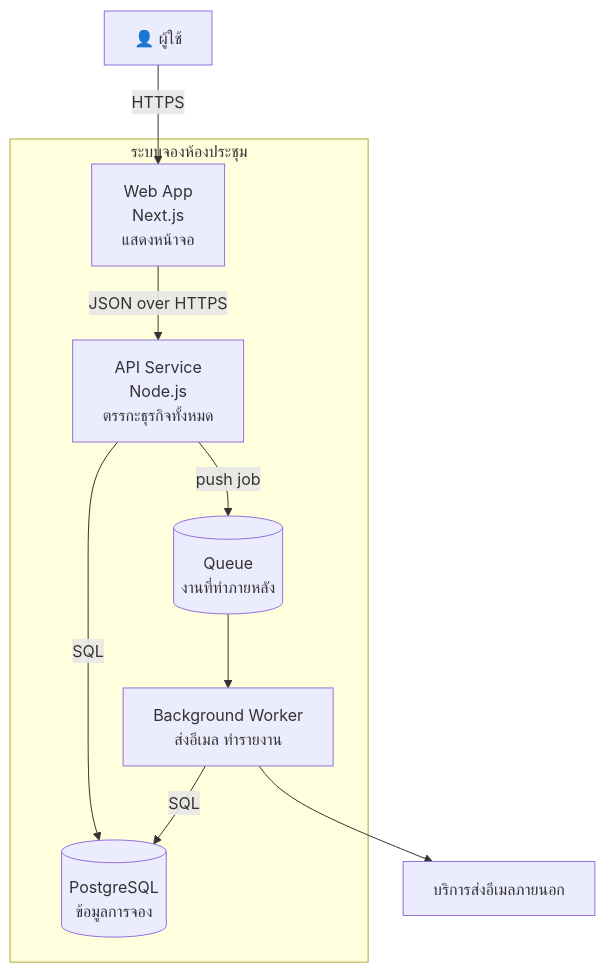
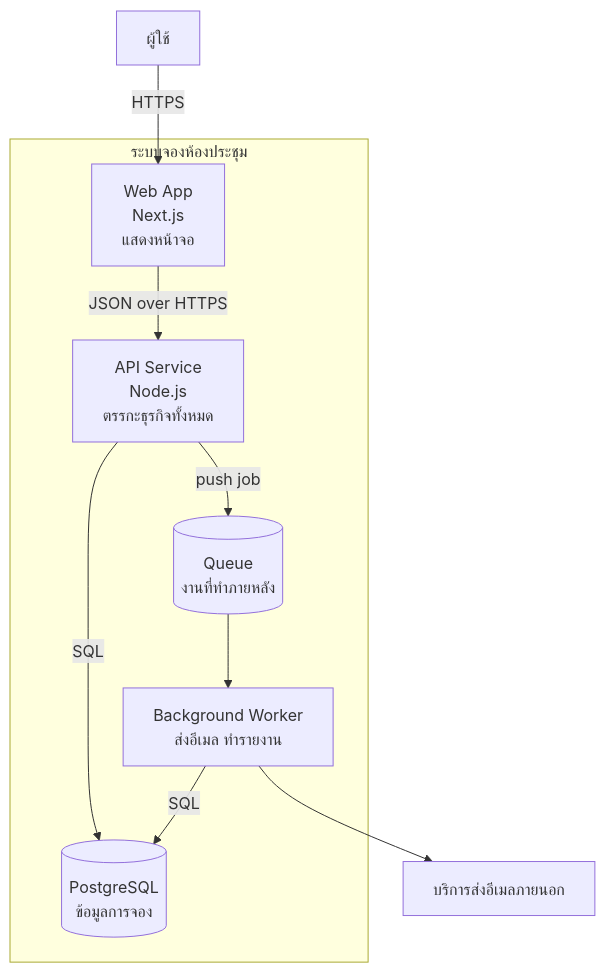
One commit to CE-SDPX/SDPX-AI changed the fifth of 25 diagrams in readings/04-system-architecture-design.md. Above: the diagram before and after it, drawn with Mermaid. The commit also changed other lines of this file and 6 other files, not shown here.

````diff
--- a/readings/04-system-architecture-design.md
+++ b/readings/04-system-architecture-design.md
@@ -150,20 +149,20 @@
 ```mermaid
 flowchart TB
-    U["👤 ผู้ใช้"]
+    U["ผู้ใช้"]
     subgraph sys["ระบบจองห้องประชุม"]
         WEB["Web App<br/>Next.js<br/>แสดงหน้าจอ"]
         API["API Service<br/>Node.js<br/>ตรรกะธุรกิจทั้งหมด"]
         DB[("PostgreSQL<br/>ข้อมูลการจอง")]
         WORKER["Background Worker<br/>ส่งอีเมล ทำรายงาน"]
         Q[("Queue<br/>งานที่ทำภายหลัง")]
     end
     MAIL["บริการส่งอีเมลภายนอก"]
 
     U -->|"HTTPS"| WEB
     WEB -->|"JSON over HTTPS"| API
     API -->|"SQL"| DB
     API -->|"push job"| Q
     Q --> WORKER
     WORKER --> MAIL
     WORKER -->|"SQL"| DB
 ```
````
